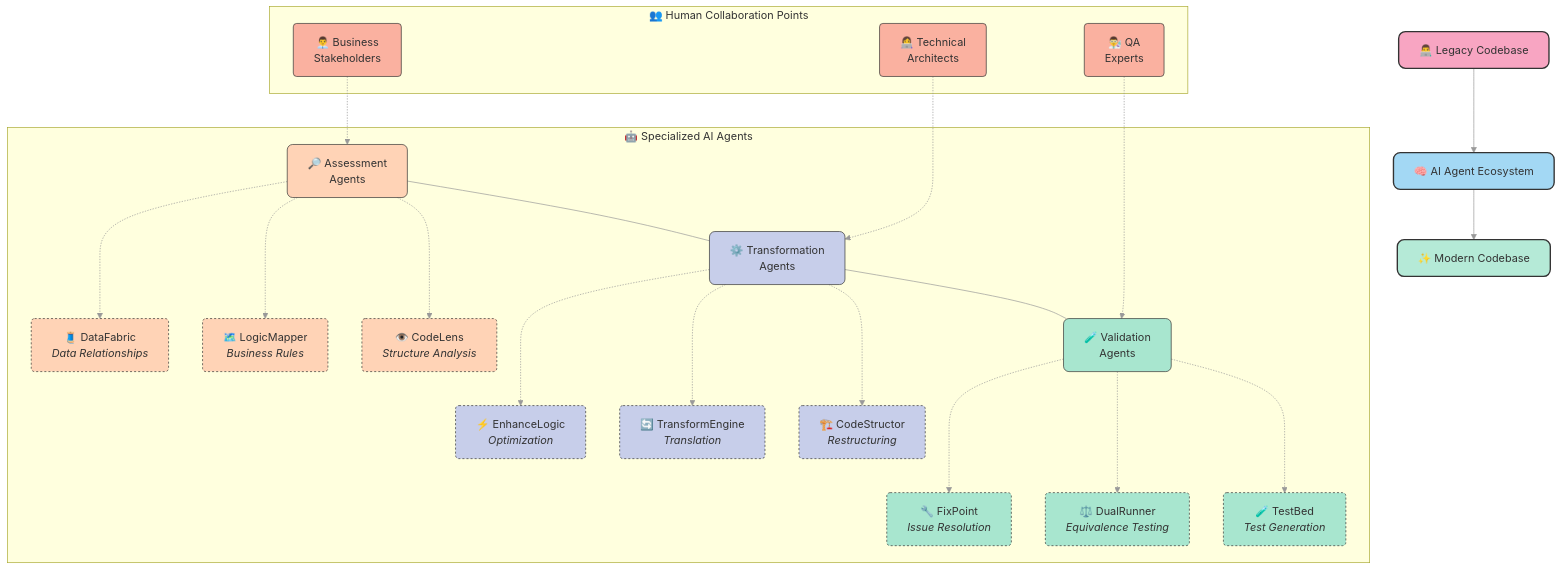
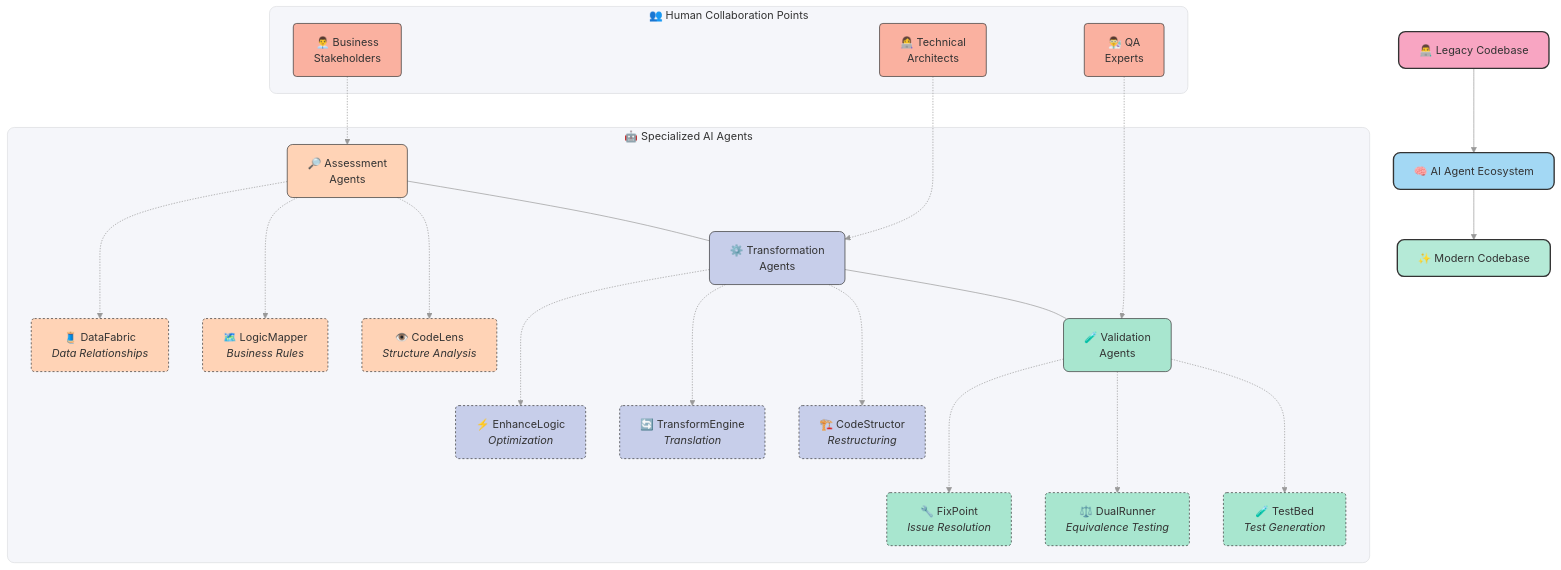
One commit to kranthiB/tech-pulse changed the second of 10 diagrams in docs/frameworks-n-platforms/agentic-ai-solutions/ai-powered-code-modernization-presentation.md. Above: the diagram before and after it, drawn with Mermaid. The commit also changed other lines of this file, not shown here.

Commit message:
Fixed mermaid issues

````diff
--- a/docs/frameworks-n-platforms/agentic-ai-solutions/ai-powered-code-modernization-presentation.md
+++ b/docs/frameworks-n-platforms/agentic-ai-solutions/ai-powered-code-modernization-presentation.md
@@ -80,58 +80,61 @@
 ```mermaid
 graph TD
     A["👨‍💻 Legacy Codebase"] --> B["🧠 AI Agent Ecosystem"]
     B --> C["✨ Modern Codebase"]
     
-    subgraph "🤖 Specialized AI Agents"
+    subgraph AgentEcosystem["🤖 Specialized AI Agents"]
         D["🔎 Assessment<br>Agents"] --- E["⚙️ Transformation<br>Agents"]
         E --- F["🧪 Validation<br>Agents"]
         
         D -..-> D1["👁️ CodeLens<br><i>Structure Analysis</i>"]
         D -..-> D2["🗺️ LogicMapper<br><i>Business Rules</i>"]
         D -..-> D3["🧵 DataFabric<br><i>Data Relationships</i>"]
         
         E -..-> E1["🏗️ CodeStructor<br><i>Restructuring</i>"]
         E -..-> E2["🔄 TransformEngine<br><i>Translation</i>"]
         E -..-> E3["⚡ EnhanceLogic<br><i>Optimization</i>"]
         
         F -..-> F1["🧪 TestBed<br><i>Test Generation</i>"]
         F -..-> F2["⚖️ DualRunner<br><i>Equivalence Testing</i>"]
         F -..-> F3["🔧 FixPoint<br><i>Issue Resolution</i>"]
     end
     
-    subgraph "👥 Human Collaboration Points"
+    subgraph HumanCollaboration["👥 Human Collaboration Points"]
         H1["👨‍💼 Business<br>Stakeholders"]
         H2["👩‍💻 Technical<br>Architects"]
         H3["👨‍🔬 QA<br>Experts"]
     end
     
     H1 -.-> D
     H2 -.-> E
     H3 -.-> F
     
     style A fill:#f8a5c2,color:#333,stroke:#333,stroke-width:2px,rx:10px,ry:10px
     style B fill:#a3d8f4,color:#333,stroke:#333,stroke-width:2px,rx:10px,ry:10px
     style C fill:#b5ead7,color:#333,stroke:#333,stroke-width:2px,rx:10px,ry:10px
     
     style D fill:#ffd3b6,color:#333,stroke:#333,stroke-width:1px,rx:8px,ry:8px
     style E fill:#c7ceea,color:#333,stroke:#333,stroke-width:1px,rx:8px,ry:8px
     style F fill:#a8e6cf,color:#333,stroke:#333,stroke-width:1px,rx:8px,ry:8px
     
     style D1 fill:#ffd3b6,color:#333,stroke:#333,stroke-width:1px,rx:5px,ry:5px,stroke-dasharray: 3 3
     style D2 fill:#ffd3b6,color:#333,stroke:#333,stroke-width:1px,rx:5px,ry:5px,stroke-dasharray: 3 3
     style D3 fill:#ffd3b6,color:#333,stroke:#333,stroke-width:1px,rx:5px,ry:5px,stroke-dasharray: 3 3
     
     style E1 fill:#c7ceea,color:#333,stroke:#333,stroke-width:1px,rx:5px,ry:5px,stroke-dasharray: 3 3
     style E2 fill:#c7ceea,color:#333,stroke:#333,stroke-width:1px,rx:5px,ry:5px,stroke-dasharray: 3 3
     style E3 fill:#c7ceea,color:#333,stroke:#333,stroke-width:1px,rx:5px,ry:5px,stroke-dasharray: 3 3
     
     style F1 fill:#a8e6cf,color:#333,stroke:#333,stroke-width:1px,rx:5px,ry:5px,stroke-dasharray: 3 3
     style F2 fill:#a8e6cf,color:#333,stroke:#333,stroke-width:1px,rx:5px,ry:5px,stroke-dasharray: 3 3
     style F3 fill:#a8e6cf,color:#333,stroke:#333,stroke-width:1px,rx:5px,ry:5px,stroke-dasharray: 3 3
     
     style H1 fill:#fab1a0,color:#333,stroke:#333,stroke-width:1px,rx:5px,ry:5px
     style H2 fill:#fab1a0,color:#333,stroke:#333,stroke-width:1px,rx:5px,ry:5px
     style H3 fill:#fab1a0,color:#333,stroke:#333,stroke-width:1px,rx:5px,ry:5px
     
+    style AgentEcosystem fill:#f5f6fa,stroke:#dcdde1,stroke-width:1px,rx:10px,ry:10px
+    style HumanCollaboration fill:#f5f6fa,stroke:#dcdde1,stroke-width:1px,rx:10px,ry:10px
+    
     linkStyle default stroke:#999,stroke-width:1px,fill:none;
 ```
````
